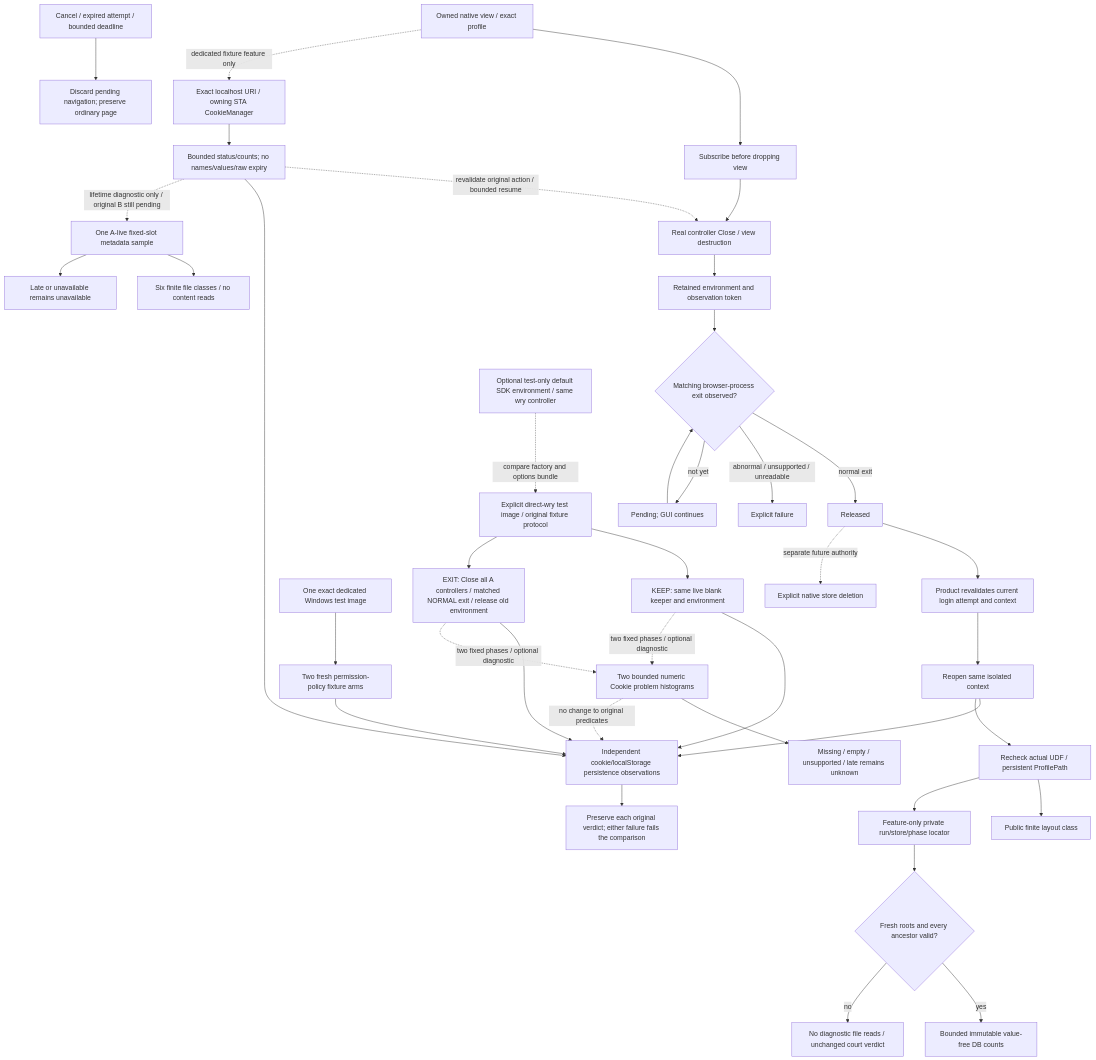
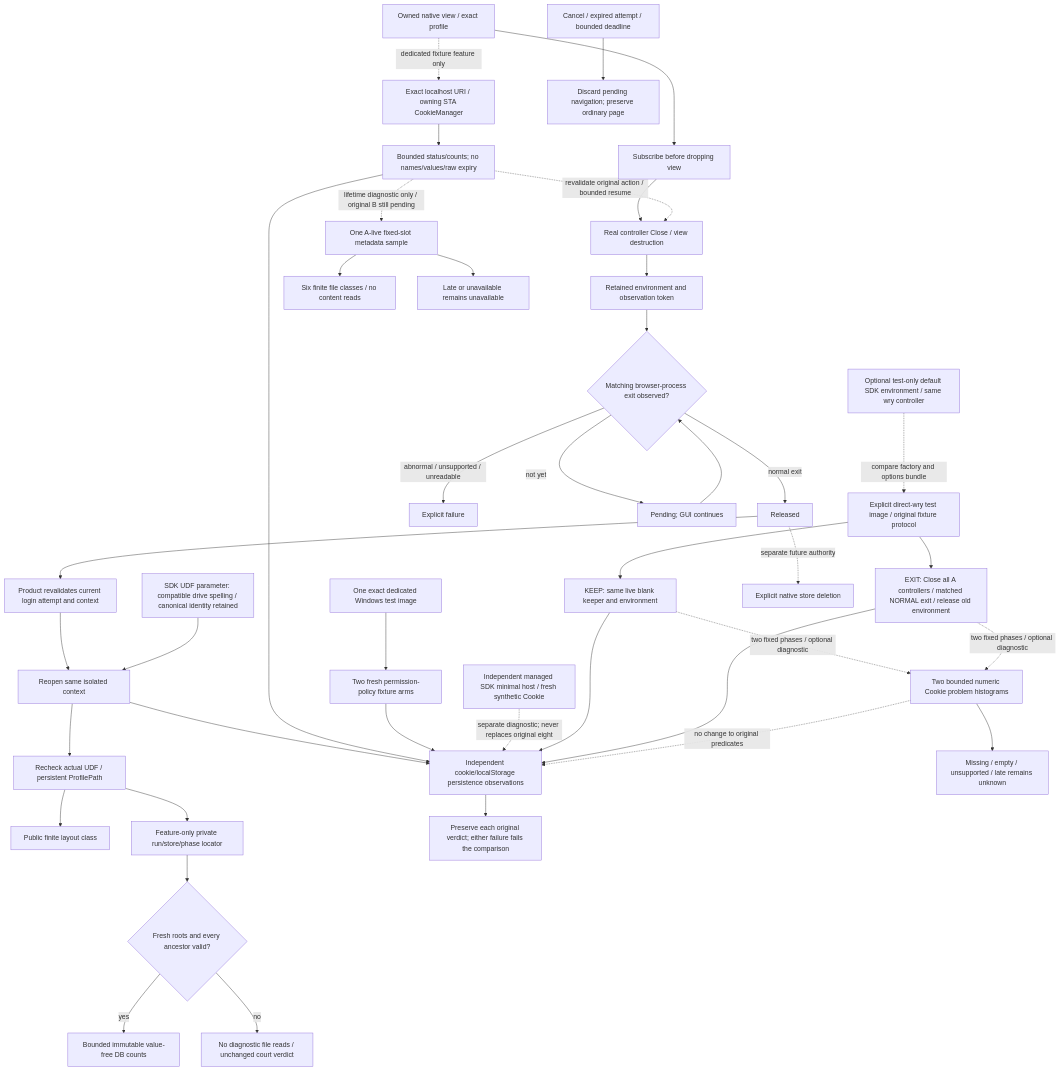
Before and after one commit to partnernetsoftware/minicon: the diagram in prd/PRD_02_28_01_browser_context_lifecycle.md, drawn with Mermaid. The commit also changed other lines of this file and 8 other files, not shown here.

````diff
--- a/prd/PRD_02_28_01_browser_context_lifecycle.md
+++ b/prd/PRD_02_28_01_browser_context_lifecycle.md
@@ -83,39 +94,41 @@
 ```mermaid
 flowchart TD
     V[Owned native view / exact profile] --> SUB[Subscribe before dropping view]
     SUB --> CLOSE[Real controller Close / view destruction]
     CLOSE --> P[Retained environment and observation token]
     P --> EVENT{Matching browser-process exit observed?}
     EVENT -->|normal exit| READY[Released]
     EVENT -->|abnormal / unsupported / unreadable| FAIL[Explicit failure]
     EVENT -->|not yet| WAIT[Pending; GUI continues]
     WAIT --> EVENT
     READY --> R[Product revalidates current login attempt and context]
     R --> OPEN[Reopen same isolated context]
     OPEN --> STORE[Independent cookie/localStorage persistence observations]
     OPEN --> SDK[Recheck actual UDF / persistent ProfilePath]
+    DOS[SDK UDF parameter: compatible drive spelling / canonical identity retained] --> OPEN
     SDK --> FINITE[Public finite layout class]
     SDK --> PRIVATE[Feature-only private run/store/phase locator]
     V -. dedicated fixture feature only .-> QUERY[Exact localhost URI / owning STA CookieManager]
     QUERY --> META[Bounded status/counts; no names/values/raw expiry]
     META -. revalidate original action / bounded resume .-> CLOSE
     META --> STORE
     META -. lifetime diagnostic only / original B still pending .-> PF[One A-live fixed-slot metadata sample]
     PF --> CLASS[Six finite file classes / no content reads]
     PF --> PU[Late or unavailable remains unavailable]
     IMAGE[One exact dedicated Windows test image] --> ACL[Two fresh permission-policy fixture arms]
     ACL --> STORE
     LIFE[Explicit direct-wry test image / original fixture protocol] --> K[KEEP: same live blank keeper and environment]
     LIFE --> X[EXIT: Close all A controllers / matched NORMAL exit / release old environment]
     FACTORY[Optional test-only default SDK environment / same wry controller] -. compare factory and options bundle .-> LIFE
+    SDKHOST[Independent managed SDK minimal host / fresh synthetic Cookie] -. separate diagnostic; never replaces original eight .-> STORE
     K & X --> STORE
     K & X -. two fixed phases / optional diagnostic .-> HIST[Two bounded numeric Cookie problem histograms]
     HIST --> UNKNOWN[Missing / empty / unsupported / late remains unknown]
     HIST -. no change to original predicates .-> STORE
     STORE --> BOTH[Preserve each original verdict; either failure fails the comparison]
     PRIVATE --> ROOTS{Fresh roots and every ancestor valid?}
     ROOTS -->|yes| DB[Bounded immutable value-free DB counts]
     ROOTS -->|no| UNAVAILABLE[No diagnostic file reads / unchanged court verdict]
     CANCEL[Cancel / expired attempt / bounded deadline] --> DISCARD[Discard pending navigation; preserve ordinary page]
     READY -. separate future authority .-> DELETE[Explicit native store deletion]
 ```
````
